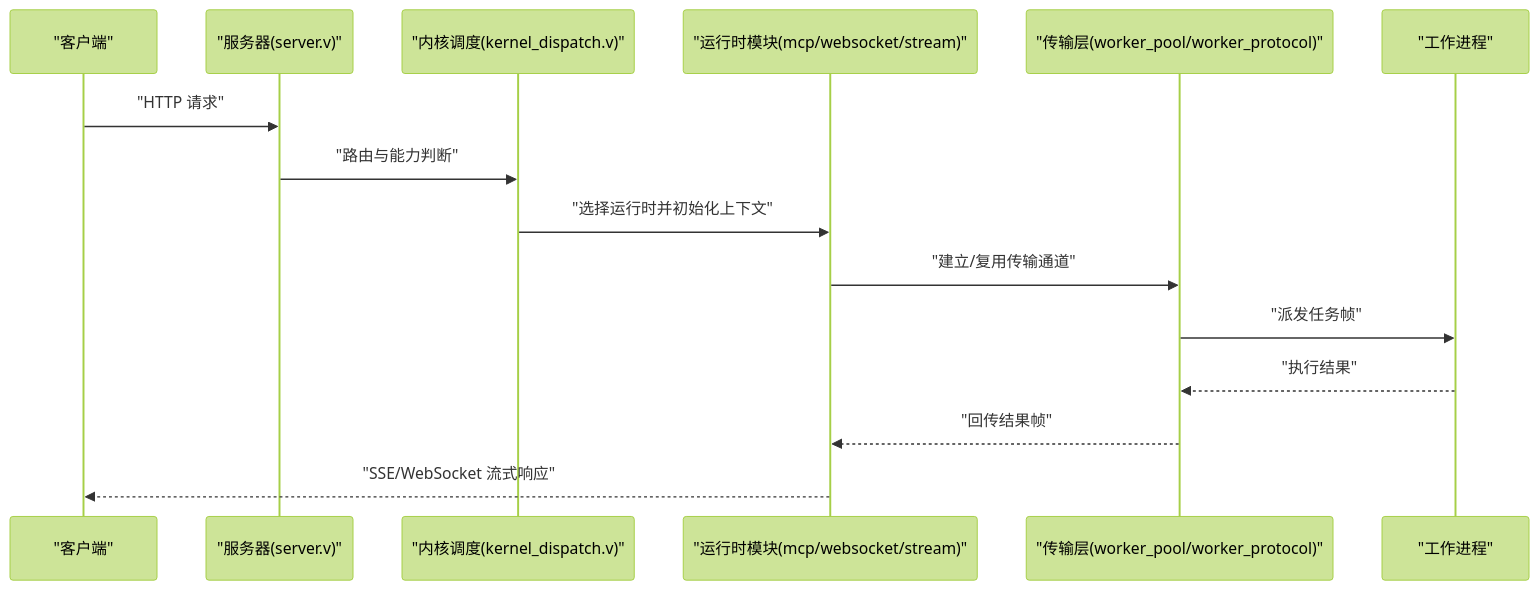
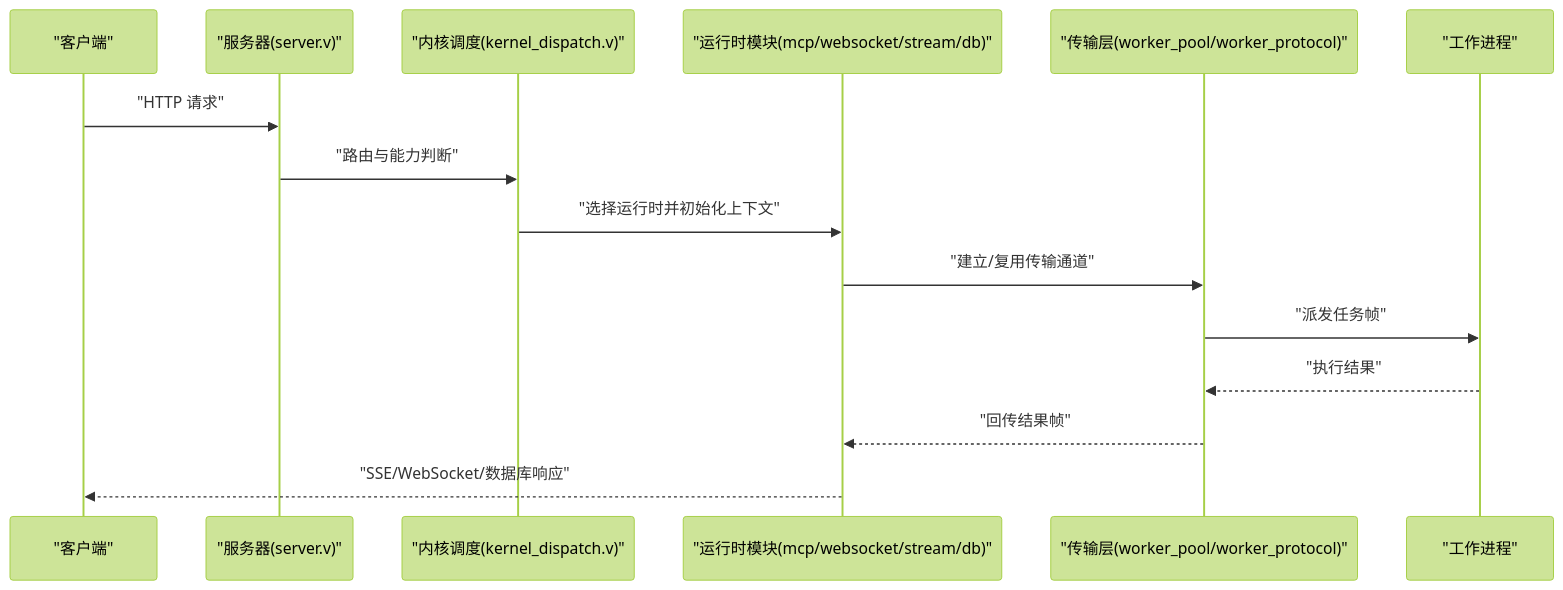
The second of 10 diagrams in .qoder/repowiki/zh/content/运行时组件/运行时组件.md (guweigang/vhttpd), drawn with Mermaid (forest theme) before and after one commit. The commit also changed other lines of this file and 54 other files, not shown here.

````diff
--- a/.qoder/repowiki/zh/content/运行时组件/运行时组件.md
+++ b/.qoder/repowiki/zh/content/运行时组件/运行时组件.md
@@ -211,17 +248,17 @@
 ```mermaid
 sequenceDiagram
 participant C as "客户端"
 participant S as "服务器(server.v)"
 participant D as "内核调度(kernel_dispatch.v)"
-participant RT as "运行时模块(mcp/websocket/stream)"
+participant RT as "运行时模块(mcp/websocket/stream/db)"
 participant TP as "传输层(worker_pool/worker_protocol)"
 participant WP as "工作进程"
 C->>S : "HTTP 请求"
 S->>D : "路由与能力判断"
 D->>RT : "选择运行时并初始化上下文"
 RT->>TP : "建立/复用传输通道"
 TP->>WP : "派发任务帧"
 WP-->>TP : "执行结果"
 TP-->>RT : "回传结果帧"
-RT-->>C : "SSE/WebSocket 流式响应"
+RT-->>C : "SSE/WebSocket/数据库响应"
 ```
````
